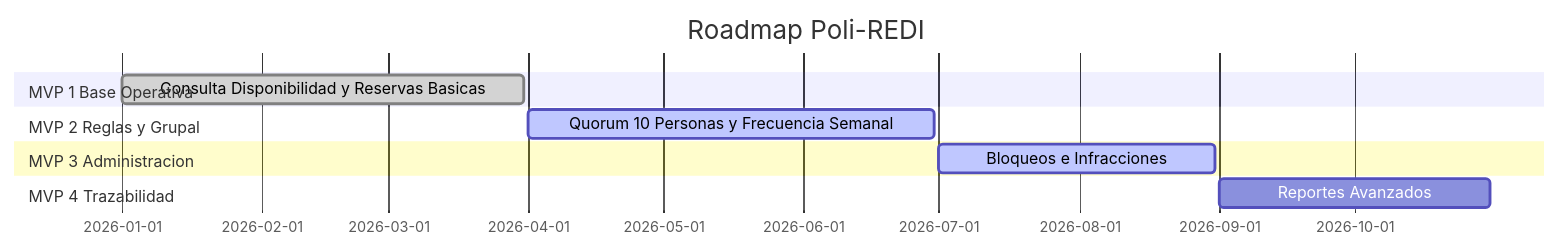
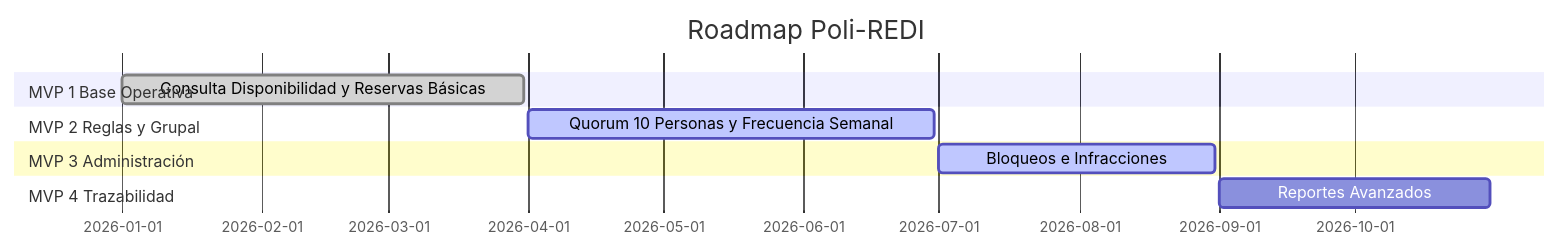
The diagram in docs/03-requisitos-casos-uso.md (Nicolas-Montana-Baeza/Poli-REDI), drawn with Mermaid before and after one commit. The commit also changed other lines of this file and 63 other files, not shown here.

````diff
--- a/docs/03-requisitos-casos-uso.md
+++ b/docs/03-requisitos-casos-uso.md
@@ -13,13 +13,13 @@
 ```mermaid
 gantt
     title Roadmap Poli-REDI
     dateFormat  YYYY-MM-DD
     section MVP 1 Base Operativa
-    Consulta Disponibilidad y Reservas Basicas :done, mvp1, 2026-01-01, 2026-03-31
+    Consulta Disponibilidad y Reservas Básicas :done, mvp1, 2026-01-01, 2026-03-31
     section MVP 2 Reglas y Grupal
     Quorum 10 Personas y Frecuencia Semanal   :active, mvp2, 2026-04-01, 2026-06-30
-    section MVP 3 Administracion
+    section MVP 3 Administración
     Bloqueos e Infracciones                   :active, mvp3, 2026-07-01, 2026-08-31
     section MVP 4 Trazabilidad
     Reportes Avanzados                        :mvp4, 2026-09-01, 2026-10-31
 ```
````
